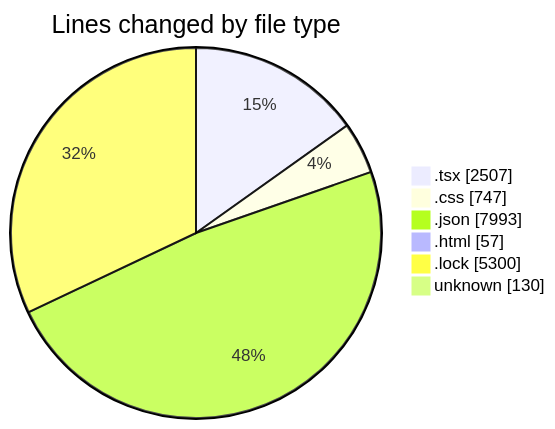
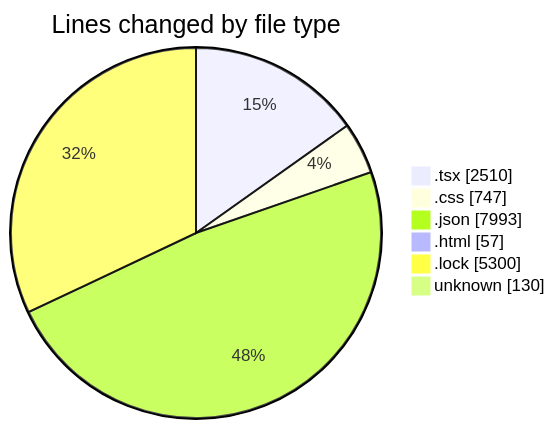
One commit to EIIisD/code-tracking changed the first of 2 diagrams in 2025-08-12/ribbon/README.md. Above: the diagram before and after it, drawn with Mermaid. The commit also changed other lines of this file and 1 other file, not shown here.

````diff
--- a/2025-08-12/ribbon/README.md
+++ b/2025-08-12/ribbon/README.md
@@ -38,10 +38,10 @@
 ```mermaid
 pie showData
 title Lines changed by file type
-".tsx" : 2507
+".tsx" : 2510
 ".css" : 747
 ".json" : 7993
 ".html" : 57
 ".lock" : 5300
 "unknown" : 130
 ```
````
